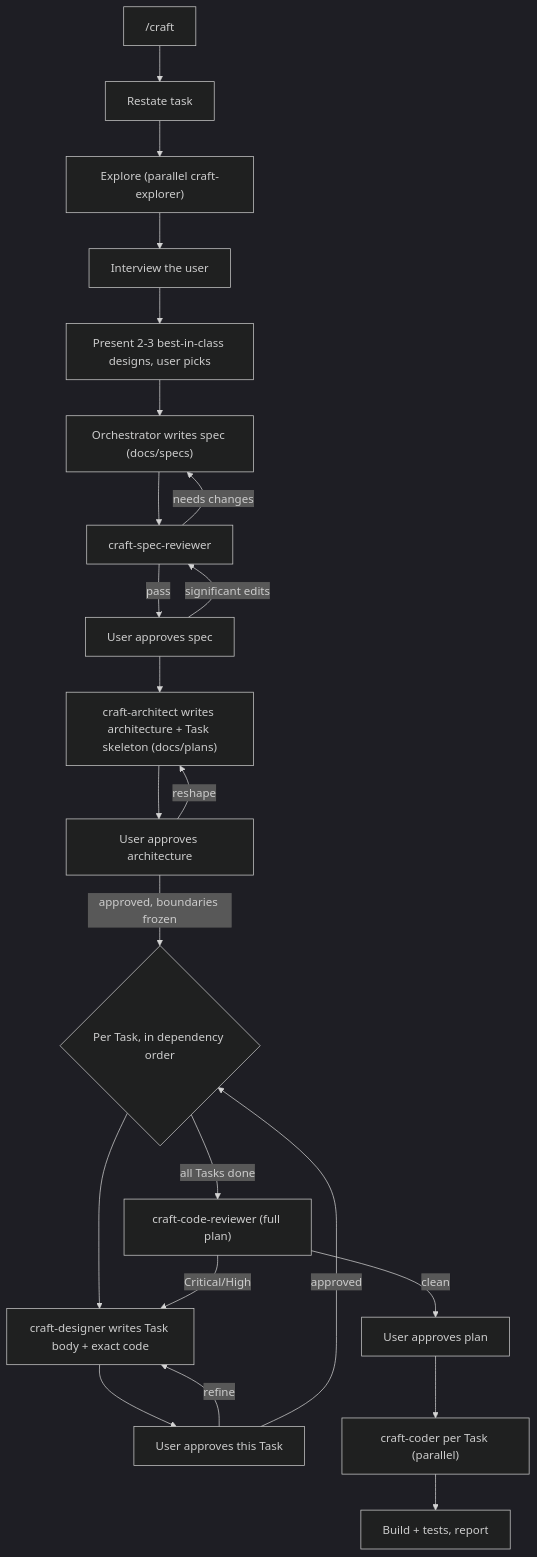
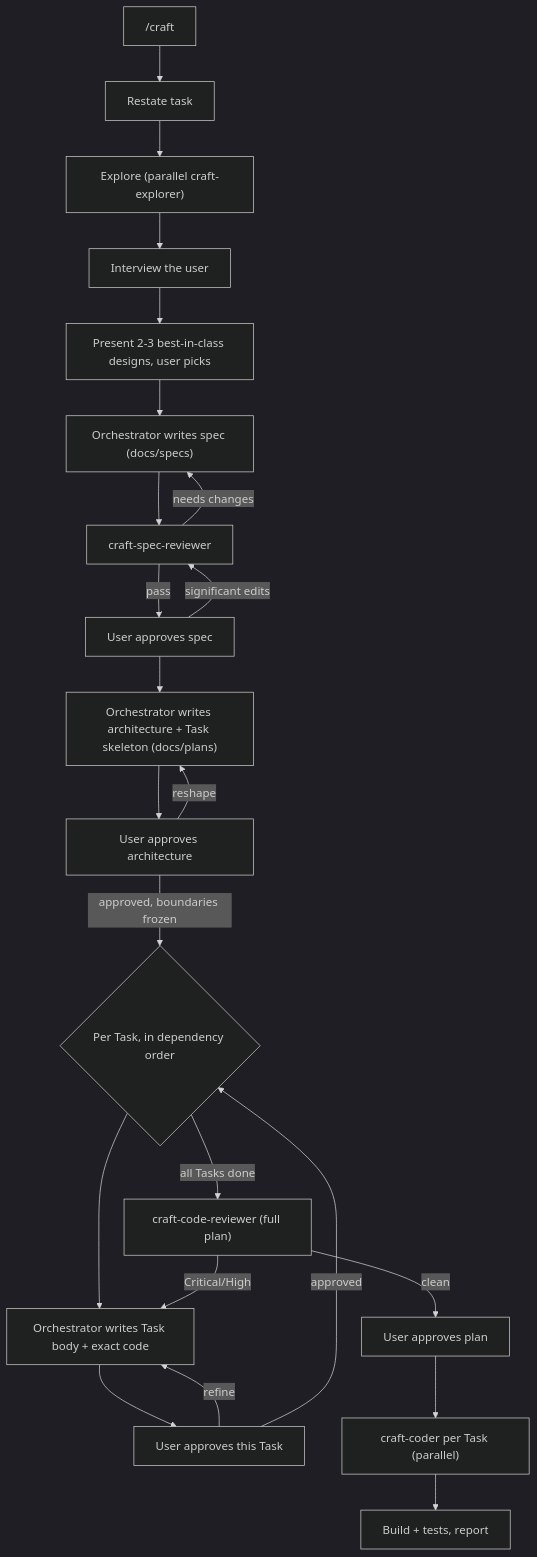
Before and after one commit to AidenHadisi/craft: the diagram in README.md, drawn with Mermaid (dark theme). The commit also changed other lines of this file and 5 other files, not shown here.

First line of the commit message:
refactor: consolidate architect/designer into orchestrator

````diff
--- a/README.md
+++ b/README.md
@@ -26,25 +31,25 @@
 ```mermaid
 flowchart TD
     start["/craft"] --> understand["Restate task"]
     understand --> explore["Explore (parallel craft-explorer)"]
     explore --> interview["Interview the user"]
     interview --> designs["Present 2-3 best-in-class designs, user picks"]
     designs --> spec["Orchestrator writes spec (docs/specs)"]
     spec --> specrev["craft-spec-reviewer"]
     specrev -->|needs changes| spec
     specrev -->|pass| userspec["User approves spec"]
     userspec -->|significant edits| specrev
-    userspec --> decompose["craft-architect writes architecture + Task skeleton (docs/plans)"]
+    userspec --> decompose["Orchestrator writes architecture + Task skeleton (docs/plans)"]
     decompose --> archgate["User approves architecture"]
     archgate -->|reshape| decompose
     archgate -->|approved, boundaries frozen| taskloop{"Per Task, in dependency order"}
-    taskloop --> design["craft-designer writes Task body + exact code"]
+    taskloop --> design["Orchestrator writes Task body + exact code"]
     design --> taskgate["User approves this Task"]
     taskgate -->|refine| design
     taskgate -->|approved| taskloop
     taskloop -->|all Tasks done| coderev["craft-code-reviewer (full plan)"]
     coderev -->|Critical/High| design
     coderev -->|clean| userplan["User approves plan"]
     userplan --> build["craft-coder per Task (parallel)"]
     build --> verify["Build + tests, report"]
 ```
````
